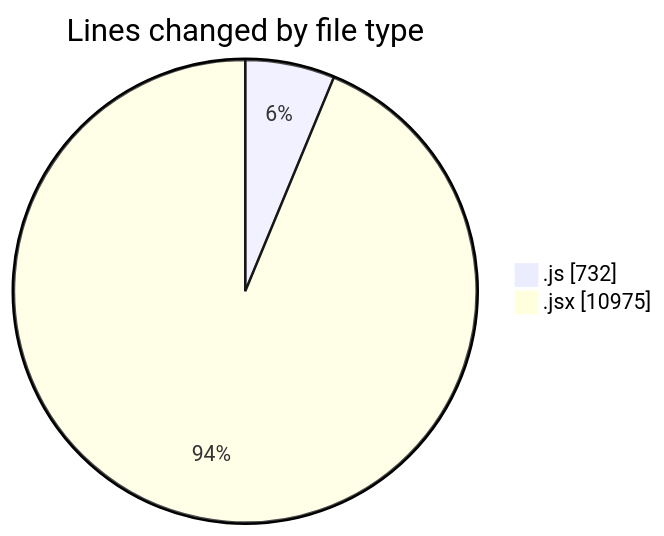
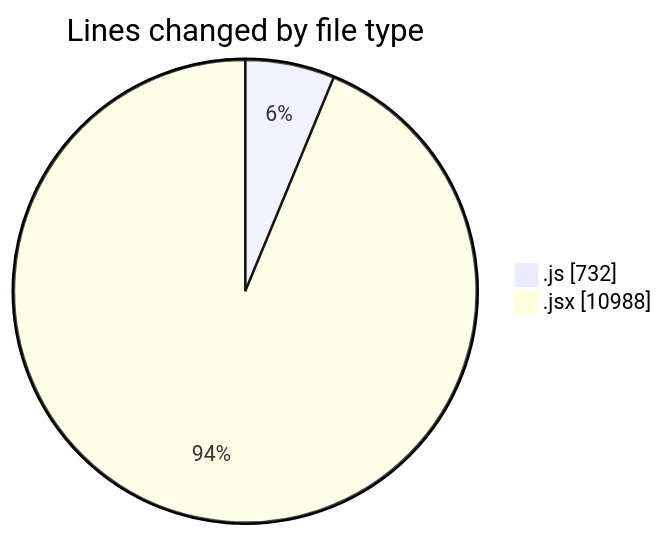
Before and after one commit to nxtqubesakshisongat/code-tracking: the first of 2 diagrams in 2025-07-28/nxtqube_webapp/README.md, drawn with Mermaid. The commit also changed other lines of this file and 1 other file, not shown here.

````diff
--- a/2025-07-28/nxtqube_webapp/README.md
+++ b/2025-07-28/nxtqube_webapp/README.md
@@ -47,6 +47,6 @@
 ```mermaid
 pie showData
 title Lines changed by file type
 ".js" : 732
-".jsx" : 10975
+".jsx" : 10988
 ```
````
